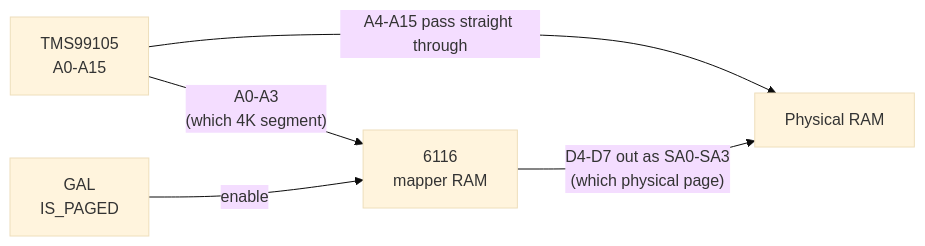
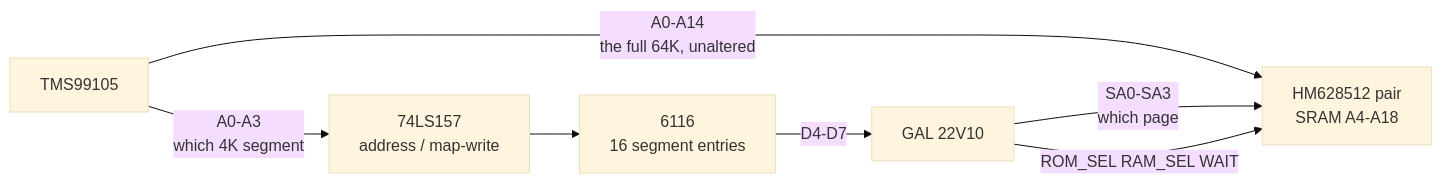
Before and after one commit to AlexanderAdelAU/TMS99105-SBC: the first of 5 diagrams in Overlay Tutorial/Readme.md, drawn with Mermaid (base theme). The commit also changed other lines of this file, not shown here.

````diff
--- a/Overlay Tutorial/Readme.md
+++ b/Overlay Tutorial/Readme.md
@@ -14,7 +15,10 @@
 ```mermaid
 flowchart LR
-    CPU["TMS99105<br/>A0-A15"] -->|"A0-A3<br/>(which 4K segment)"| MAP["6116<br/>mapper RAM"]
-    CPU -->|"A4-A15 pass straight through"| MEM["Physical RAM"]
-    MAP -->|"D4-D7 out as SA0-SA3<br/>(which physical page)"| MEM
-    GAL["GAL<br/>IS_PAGED"] -->|"enable"| MAP
+    CPU["TMS99105"]
+    CPU -->|"A0-A14<br/>the full 64K, unaltered"| RAM["HM628512 pair<br/>SRAM A4-A18"]
+    CPU -->|"A0-A3<br/>which 4K segment"| MUX["74LS157<br/>address / map-write"]
+    MUX --> M6116["6116<br/>16 segment entries"]
+    M6116 -->|"D4-D7"| GAL["GAL 22V10"]
+    GAL -->|"SA0-SA3<br/>which page"| RAM
+    GAL -->|"ROM_SEL RAM_SEL WAIT"| RAM
 ```
````
